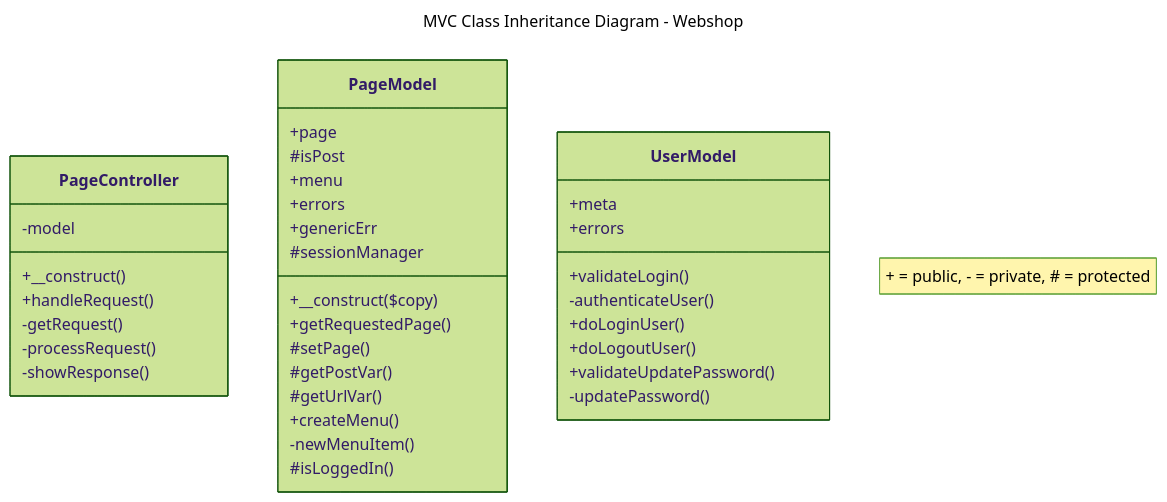
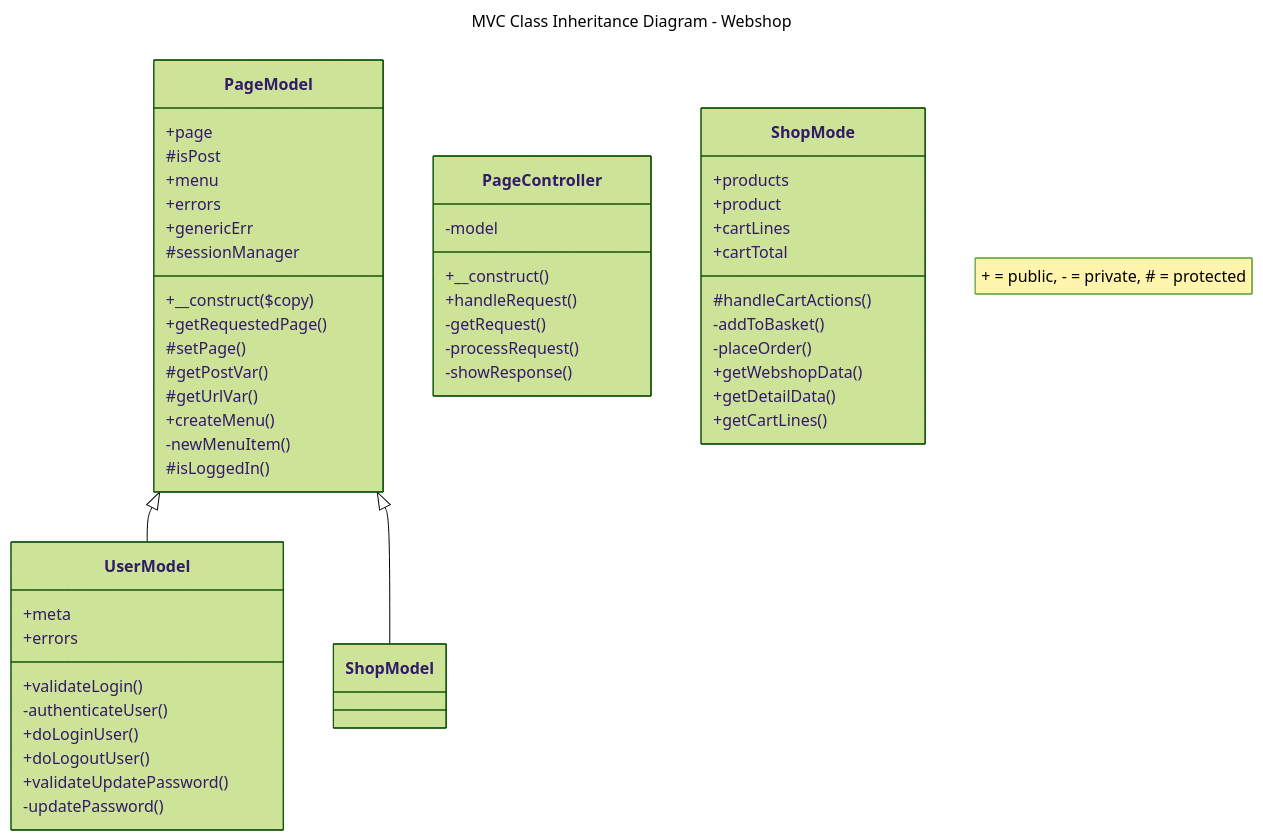
The diagram in Diagrams/MVC diagrams.md (JeroenHeemskerk/educom-webshop-oop-1708595373), drawn with Mermaid (forest theme) before and after one commit.

Commit message:
Update MVC diagrams.md

````diff
--- a/Diagrams/MVC diagrams.md
+++ b/Diagrams/MVC diagrams.md
@@ -1,47 +1,62 @@
 ```mermaid
 ---
 title: MVC Class Inheritance Diagram - Webshop
 ---
 classDiagram
     note "+ = public, - = private, # = protected"
     %% A <|-- B means that class B inherits from class A %%
+    PageModel <|-- UserModel
+    PageModel <|-- ShopModel
 
     class PageController{
       -model
       +__construct()
       +handleRequest()
       -getRequest()
       -processRequest()
       -showResponse()
     }
 
     class PageModel{
       +page
       #isPost
       +menu
       +errors
       +genericErr
       #sessionManager
       +__construct($copy)
       +getRequestedPage()
       #setPage()
       #getPostVar()
       #getUrlVar()
       +createMenu()
       -newMenuItem()
       #isLoggedIn()
     }
 
     class UserModel{
     +meta
     +errors
     +validateLogin()
     -authenticateUser()
     +doLoginUser()
     +doLogoutUser()
     +validateUpdatePassword()
     -updatePassword()
     }
 
+    class ShopMode{
+    +products
+    +product
+    +cartLines
+    +cartTotal
+    #handleCartActions()
+    -addToBasket()
+    -placeOrder()
+    +getWebshopData()
+    +getDetailData()
+    +getCartLines()
+    }
+
 
 ```
````
